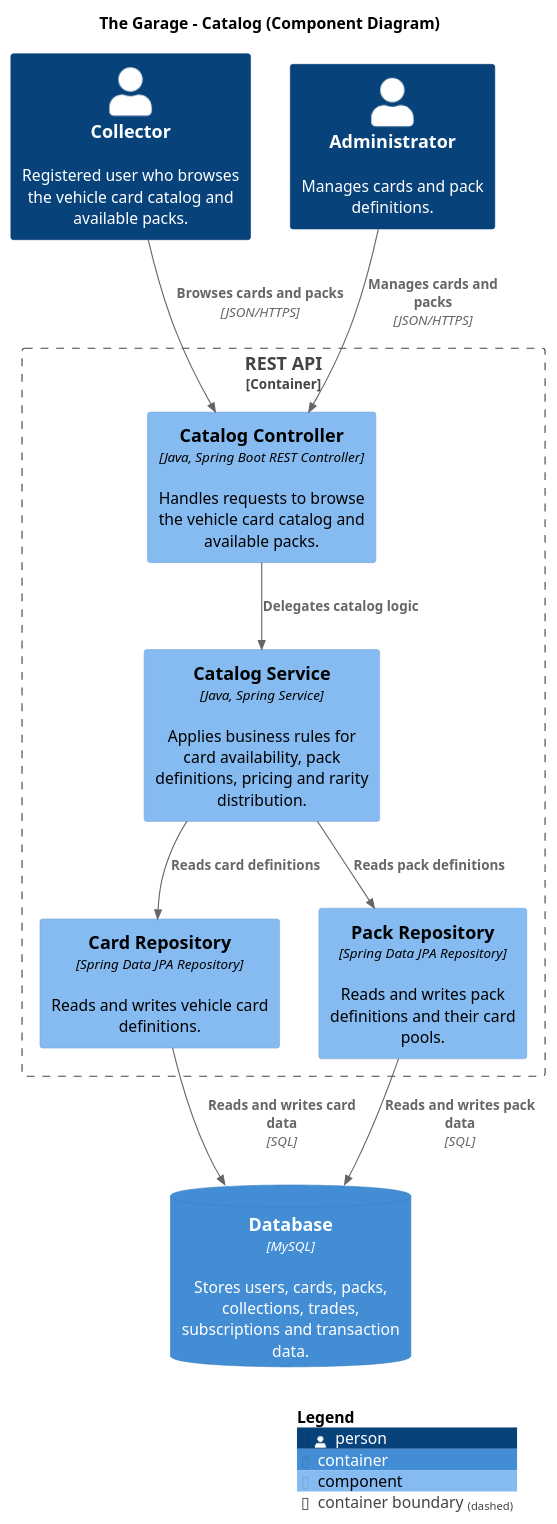
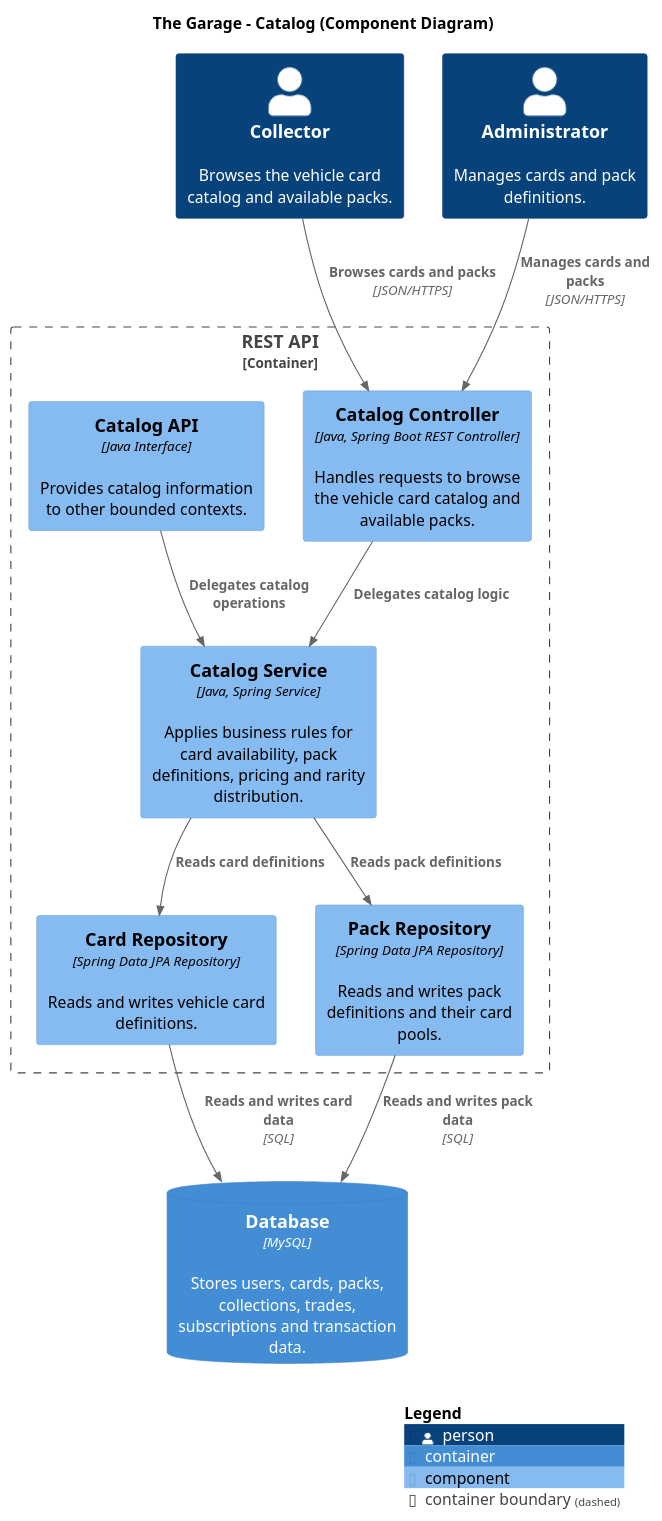
One commit to the-garage-studio/the-garage-c4-model-design changed the diagram in diagrams/ComponentDiagrams/Catalog-ComponentDiagram.puml. Above: the diagram before and after it, drawn with PlantUML. The commit also changed 7 other files, not shown here.

Commit message:
feat: update the components diagrams

```diff
--- a/diagrams/ComponentDiagrams/Catalog-ComponentDiagram.puml
+++ b/diagrams/ComponentDiagrams/Catalog-ComponentDiagram.puml
@@ -1,37 +1,44 @@
 @startuml Catalog-ComponentDiagram
 !include https://raw.githubusercontent.com/plantuml-stdlib/C4-PlantUML/master/C4_Component.puml
 
 LAYOUT_WITH_LEGEND()
 
 title The Garage - Catalog (Component Diagram)
 
-Person(collector, "Collector", "Registered user who browses the vehicle card catalog and available packs.")
+Person(collector, "Collector", "Browses the vehicle card catalog and available packs.")
 Person(admin, "Administrator", "Manages cards and pack definitions.")
 
 Container_Boundary(api, "REST API") {
 
-    Component(catalog_controller, "Catalog Controller", "Java, Spring Boot REST Controller", "Handles requests to browse the vehicle card catalog and available packs.")
+    Component(catalog_controller,"Catalog Controller","Java, Spring Boot REST Controller","Handles requests to browse the vehicle card catalog and available packs.")
 
-    Component(catalog_service, "Catalog Service", "Java, Spring Service", "Applies business rules for card availability, pack definitions, pricing and rarity distribution.")
+    Component(catalog_service, "Catalog Service","Java, Spring Service","Applies business rules for card availability, pack definitions, pricing and rarity distribution.")
 
-    Component(card_repository, "Card Repository", "Spring Data JPA Repository", "Reads and writes vehicle card definitions.")
+    Component(catalog_api,"Catalog API","Java Interface","Provides catalog information to other bounded contexts.")
 
-    Component(pack_repository, "Pack Repository", "Spring Data JPA Repository", "Reads and writes pack definitions and their card pools.")
+    Component(card_repository,"Card Repository","Spring Data JPA Repository","Reads and writes vehicle card definitions.")
+
+    Component(pack_repository, "Pack Repository","Spring Data JPA Repository","Reads and writes pack definitions and their card pools.")
 }
 
-ContainerDb(database, "Database", "MySQL", "Stores users, cards, packs, collections, trades, subscriptions and transaction data.")
+ContainerDb(database,"Database","MySQL","Stores users, cards, packs, collections, trades, subscriptions and transaction data.")
 
-Rel(collector, catalog_controller, "Browses cards and packs", "JSON/HTTPS")
-Rel(admin, catalog_controller, "Manages cards and packs", "JSON/HTTPS")
+Rel(collector, catalog_controller,"Browses cards and packs","JSON/HTTPS")
 
-Rel(catalog_controller, catalog_service, "Delegates catalog logic")
+Rel(admin, catalog_controller,"Manages cards and packs","JSON/HTTPS")
 
-Rel(catalog_service, card_repository, "Reads card definitions")
-Rel(catalog_service, pack_repository, "Reads pack definitions")
+Rel(catalog_controller, catalog_service,"Delegates catalog logic")
 
-Rel(card_repository, database, "Reads and writes card data", "SQL")
-Rel(pack_repository, database, "Reads and writes pack data", "SQL")
+Rel(catalog_api, catalog_service,"Delegates catalog operations")
+
+Rel(catalog_service, card_repository,"Reads card definitions")
+
+Rel(catalog_service, pack_repository,"Reads pack definitions")
+
+Rel(card_repository, database,"Reads and writes card data","SQL")
+
+Rel(pack_repository, database,"Reads and writes pack data","SQL")
 
 SHOW_LEGEND()
 
 @enduml
```
